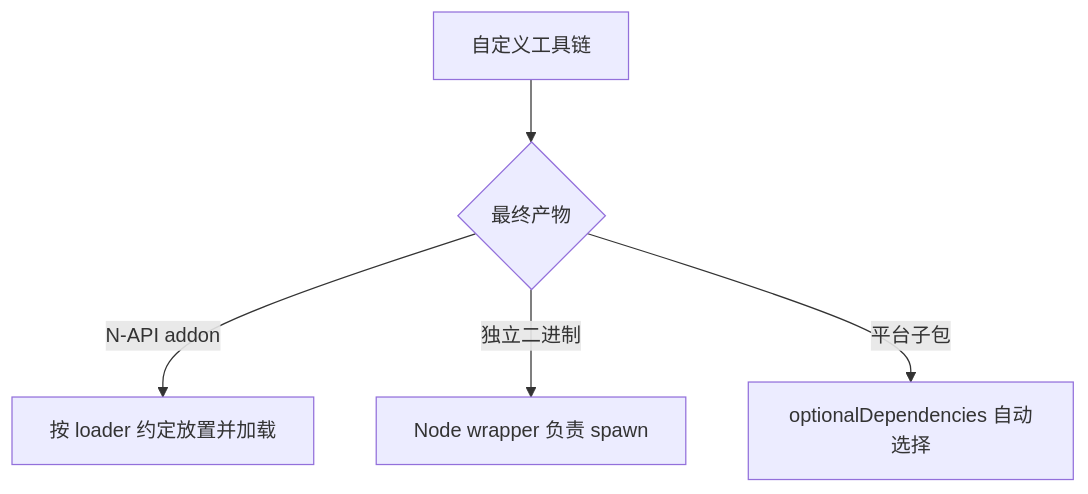
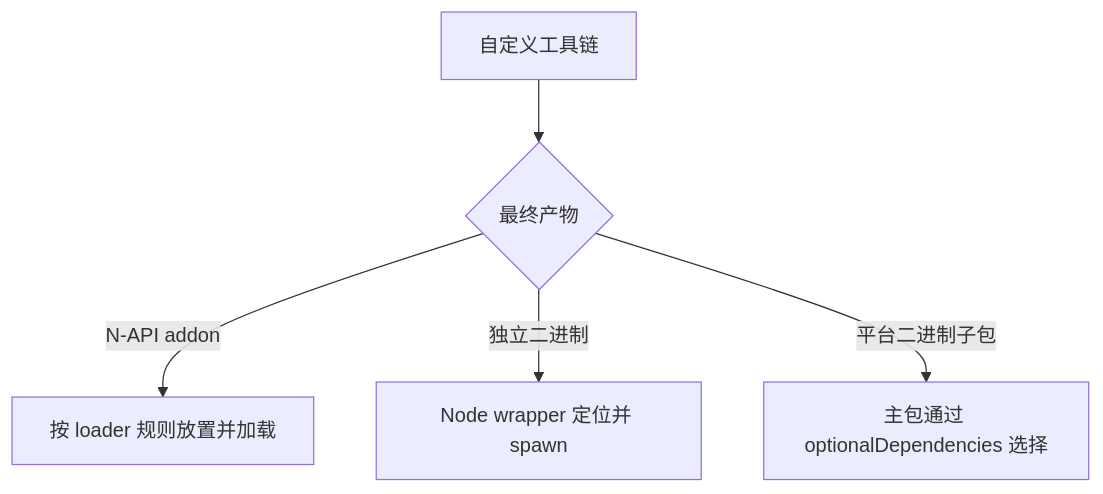
Before and after one commit to ohos-npm-ports/ohos-npm-ports: the third of 3 diagrams in docs/zh-CN/contributor/build-frameworks.md, drawn with Mermaid. The commit also changed other lines of this file, not shown here.

````diff
--- a/docs/zh-CN/contributor/build-frameworks.md
+++ b/docs/zh-CN/contributor/build-frameworks.md
@@ -85,7 +82,7 @@
 ```mermaid
 flowchart TD
     A[自定义工具链] --> B{最终产物}
-    B -->|N-API addon| C[按 loader 约定放置并加载]
-    B -->|独立二进制| D[Node wrapper 负责 spawn]
-    B -->|平台子包| E[optionalDependencies 自动选择]
+    B -->|N-API addon| C[按 loader 规则放置并加载]
+    B -->|独立二进制| D[Node wrapper 定位并 spawn]
+    B -->|平台二进制子包| E[主包通过 optionalDependencies 选择]
 ```
````
